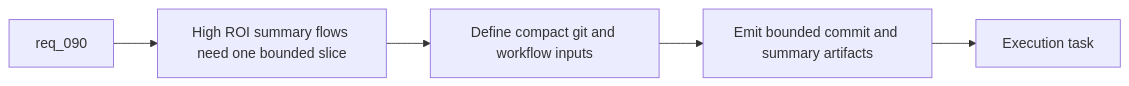
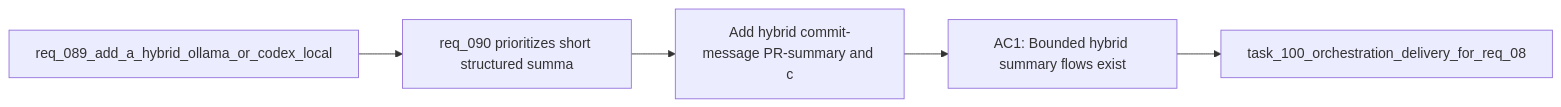
Before and after one commit to AlexAgo83/logics-manager: the diagram in logics/backlog/item_142_add_hybrid_commit_message_pr_summary_and_changelog_summary_assist_flows.md, drawn with Mermaid. The commit also changed 481 other files, not shown here.

````diff
--- a/logics/backlog/item_142_add_hybrid_commit_message_pr_summary_and_changelog_summary_assist_flows.md
+++ b/logics/backlog/item_142_add_hybrid_commit_message_pr_summary_and_changelog_summary_assist_flows.md
@@ -28,9 +28,9 @@
 ```mermaid
 %% logics-kind: backlog
 %% logics-signature: backlog|add-hybrid-commit-message-pr-summary-and|req-089-add-a-hybrid-ollama-or-codex-loc|req-090-prioritizes-short-structured-sum|ac1-bounded-hybrid-summary-flows-exist
 flowchart LR
-    Request[req_090] --> Problem[High ROI summary flows need one bounded slice]
-    Problem --> Inputs[Define compact git and workflow inputs]
-    Inputs --> Outputs[Emit bounded commit and summary artifacts]
-    Outputs --> Done[Execution task]
+    Request[req_089_add_a_hybrid_ollama_or_codex_local] --> Problem[req_090 prioritizes short structured summa]
+    Problem --> Scope[Add hybrid commit-message PR-summary and c]
+    Scope --> Acceptance[AC1: Bounded hybrid summary flows exist]
+    Acceptance --> Tasks[task_100_orchestration_delivery_for_req_08]
 ```
````
